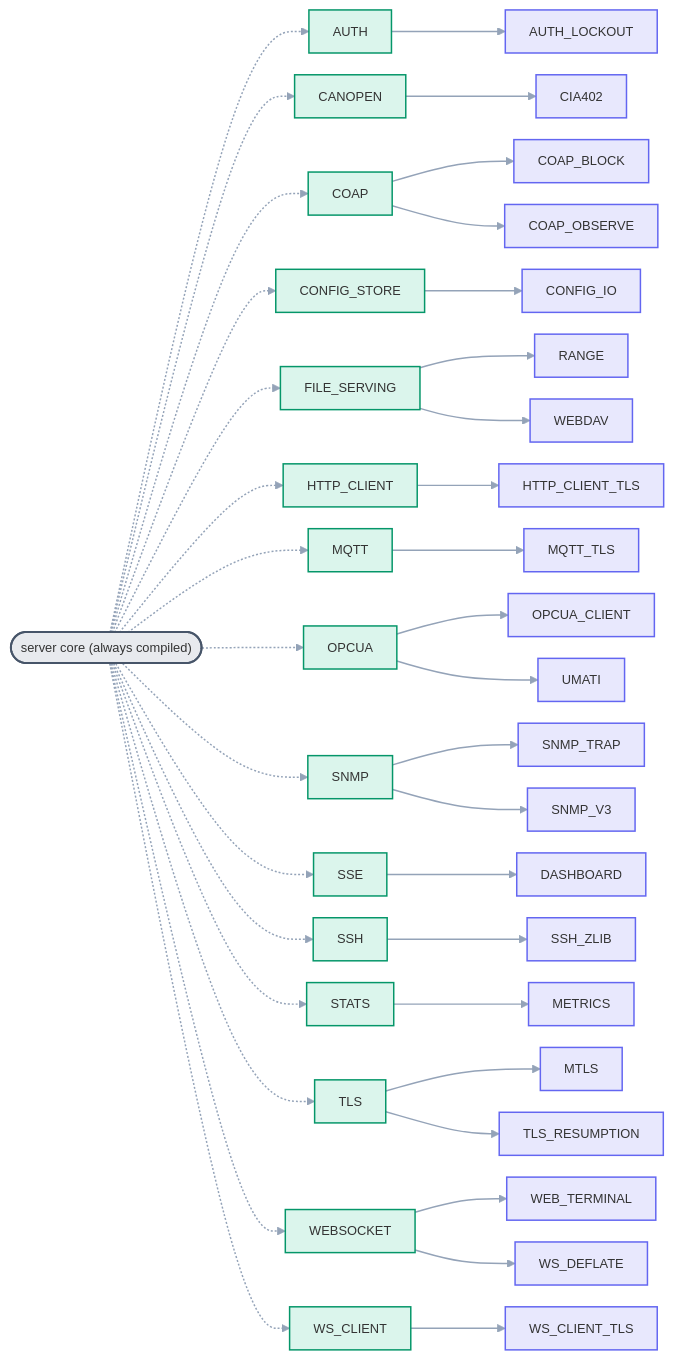
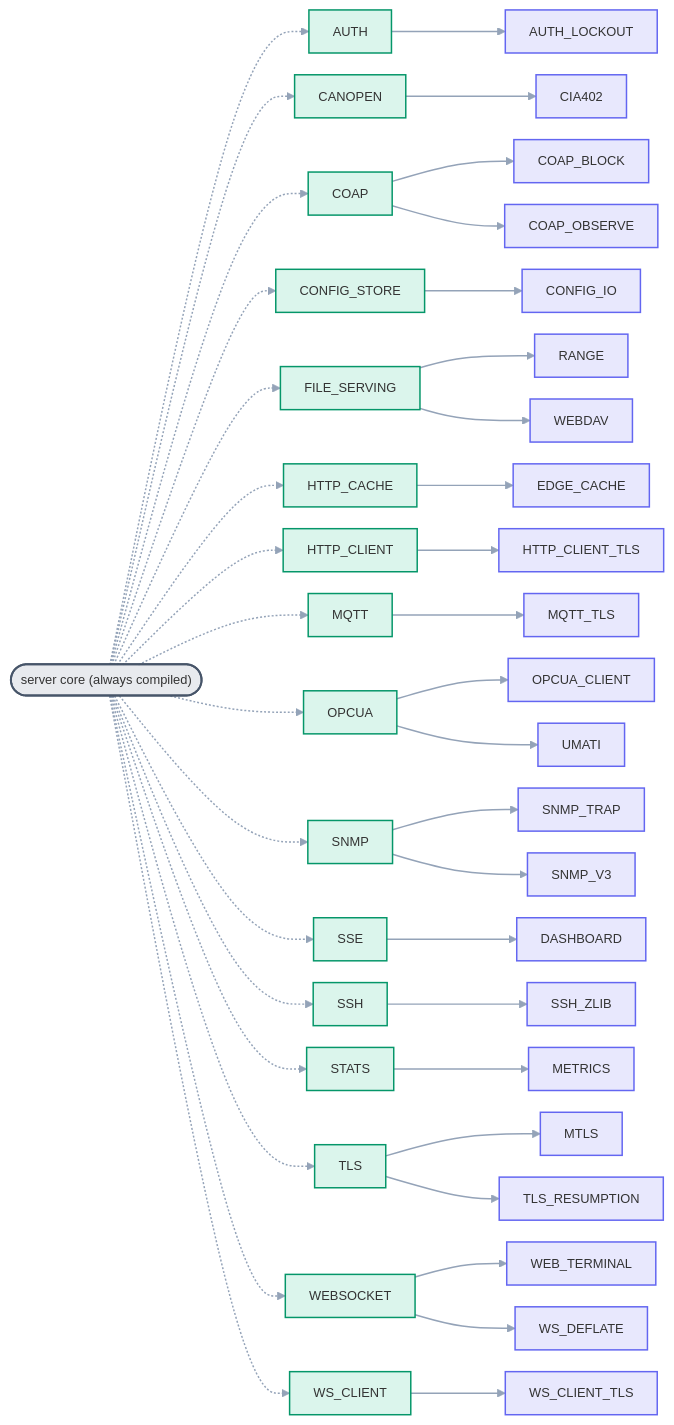
The diagram in docs/diagrams/flag_deps.mmd (dstroy0/DeterministicESPAsyncWebServer), drawn with Mermaid before and after one commit. The commit also changed 4 other files, not shown here.

```diff
--- a/docs/diagrams/flag_deps.mmd
+++ b/docs/diagrams/flag_deps.mmd
@@ -1,89 +1,93 @@
 %%{init: {'themeVariables':{'fontFamily':'monospace','fontSize':'13px','lineColor':'#94a3b8'},'flowchart':{'htmlLabels':false,'curve':'basis','nodeSpacing':22,'rankSpacing':75,'padding':12,'useMaxWidth':false}}}%%
 flowchart LR
   %% Optional feature families hang off the always-compiled core (dotted = optional, NOT
   %% a dependency); within a family a solid A --> B means B requires A (a hard #error).
   %% Auto-generated from the #error / #if guards in src/ServerConfig.h.
 
   CORE(["server core (always compiled)"])
   AUTH["AUTH"]
   CANOPEN["CANOPEN"]
   COAP["COAP"]
   CONFIG_STORE["CONFIG_STORE"]
   FILE_SERVING["FILE_SERVING"]
+  HTTP_CACHE["HTTP_CACHE"]
   HTTP_CLIENT["HTTP_CLIENT"]
   MQTT["MQTT"]
   OPCUA["OPCUA"]
   SNMP["SNMP"]
   SSE["SSE"]
   SSH["SSH"]
   STATS["STATS"]
   TLS["TLS"]
   WEBSOCKET["WEBSOCKET"]
   WS_CLIENT["WS_CLIENT"]
   AUTH_LOCKOUT["AUTH_LOCKOUT"]
   CIA402["CIA402"]
   COAP_BLOCK["COAP_BLOCK"]
   COAP_OBSERVE["COAP_OBSERVE"]
   CONFIG_IO["CONFIG_IO"]
   DASHBOARD["DASHBOARD"]
+  EDGE_CACHE["EDGE_CACHE"]
   HTTP_CLIENT_TLS["HTTP_CLIENT_TLS"]
   METRICS["METRICS"]
   MQTT_TLS["MQTT_TLS"]
   MTLS["MTLS"]
   OPCUA_CLIENT["OPCUA_CLIENT"]
   RANGE["RANGE"]
   SNMP_TRAP["SNMP_TRAP"]
   SNMP_V3["SNMP_V3"]
   SSH_ZLIB["SSH_ZLIB"]
   TLS_RESUMPTION["TLS_RESUMPTION"]
   UMATI["UMATI"]
   WEBDAV["WEBDAV"]
   WEB_TERMINAL["WEB_TERMINAL"]
   WS_CLIENT_TLS["WS_CLIENT_TLS"]
   WS_DEFLATE["WS_DEFLATE"]
 
   CORE -.-> AUTH
   CORE -.-> CANOPEN
   CORE -.-> COAP
   CORE -.-> CONFIG_STORE
   CORE -.-> FILE_SERVING
+  CORE -.-> HTTP_CACHE
   CORE -.-> HTTP_CLIENT
   CORE -.-> MQTT
   CORE -.-> OPCUA
   CORE -.-> SNMP
   CORE -.-> SSE
   CORE -.-> SSH
   CORE -.-> STATS
   CORE -.-> TLS
   CORE -.-> WEBSOCKET
   CORE -.-> WS_CLIENT
 
   AUTH --> AUTH_LOCKOUT
   CANOPEN --> CIA402
   COAP --> COAP_BLOCK
   COAP --> COAP_OBSERVE
   CONFIG_STORE --> CONFIG_IO
   FILE_SERVING --> RANGE
   FILE_SERVING --> WEBDAV
+  HTTP_CACHE --> EDGE_CACHE
   HTTP_CLIENT --> HTTP_CLIENT_TLS
   MQTT --> MQTT_TLS
   OPCUA --> OPCUA_CLIENT
   OPCUA --> UMATI
   SNMP --> SNMP_TRAP
   SNMP --> SNMP_V3
   SSE --> DASHBOARD
   SSH --> SSH_ZLIB
   STATS --> METRICS
   TLS --> MTLS
   TLS --> TLS_RESUMPTION
   WEBSOCKET --> WEB_TERMINAL
   WEBSOCKET --> WS_DEFLATE
   WS_CLIENT --> WS_CLIENT_TLS
 
   class CORE core;
-  class AUTH,CANOPEN,COAP,CONFIG_STORE,FILE_SERVING,HTTP_CLIENT,MQTT,OPCUA,SNMP,SSE,SSH,STATS,TLS,WEBSOCKET,WS_CLIENT parent;
-  class AUTH_LOCKOUT,CIA402,COAP_BLOCK,COAP_OBSERVE,CONFIG_IO,DASHBOARD,HTTP_CLIENT_TLS,METRICS,MQTT_TLS,MTLS,OPCUA_CLIENT,RANGE,SNMP_TRAP,SNMP_V3,SSH_ZLIB,TLS_RESUMPTION,UMATI,WEBDAV,WEB_TERMINAL,WS_CLIENT_TLS,WS_DEFLATE child;
+  class AUTH,CANOPEN,COAP,CONFIG_STORE,FILE_SERVING,HTTP_CACHE,HTTP_CLIENT,MQTT,OPCUA,SNMP,SSE,SSH,STATS,TLS,WEBSOCKET,WS_CLIENT parent;
+  class AUTH_LOCKOUT,CIA402,COAP_BLOCK,COAP_OBSERVE,CONFIG_IO,DASHBOARD,EDGE_CACHE,HTTP_CLIENT_TLS,METRICS,MQTT_TLS,MTLS,OPCUA_CLIENT,RANGE,SNMP_TRAP,SNMP_V3,SSH_ZLIB,TLS_RESUMPTION,UMATI,WEBDAV,WEB_TERMINAL,WS_CLIENT_TLS,WS_DEFLATE child;
   classDef core fill:#64748b26,stroke:#475569,stroke-width:2px;
   classDef parent fill:#10b98126,stroke:#059669,stroke-width:1.5px;
   classDef child fill:#6366f126,stroke:#6366f1,stroke-width:1.5px;
   linkStyle default stroke-width:1.5px;
```
